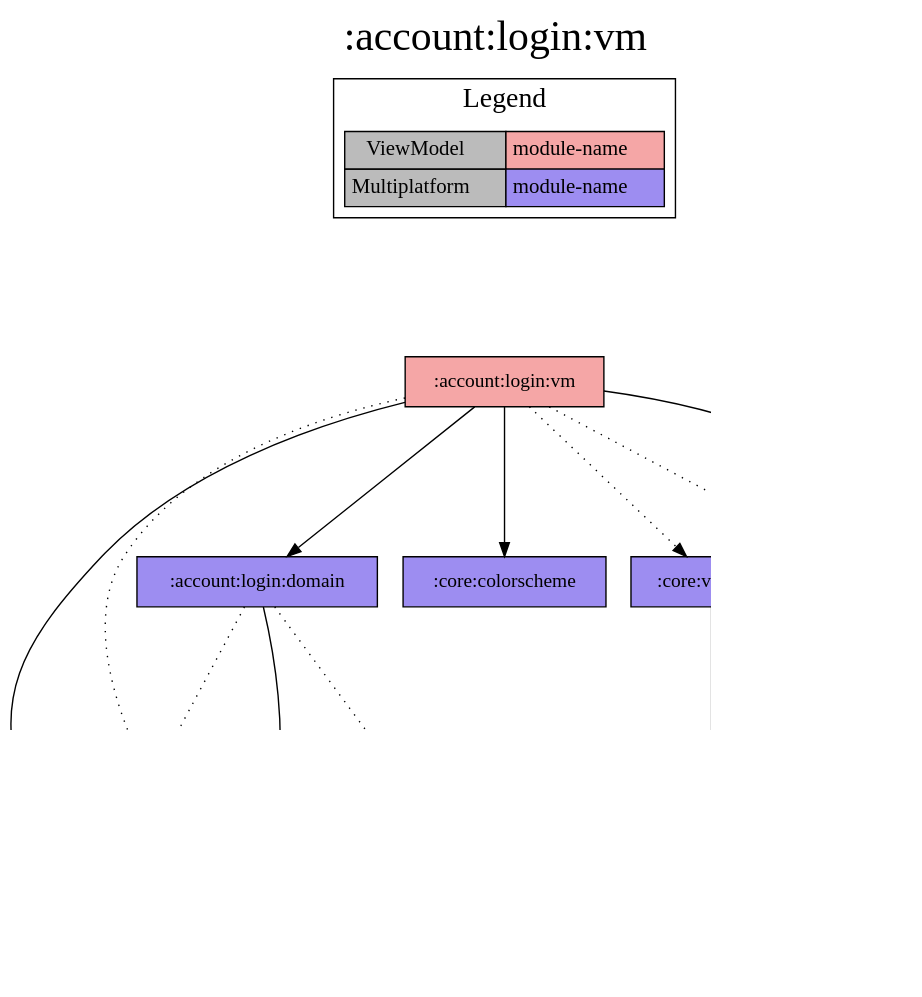
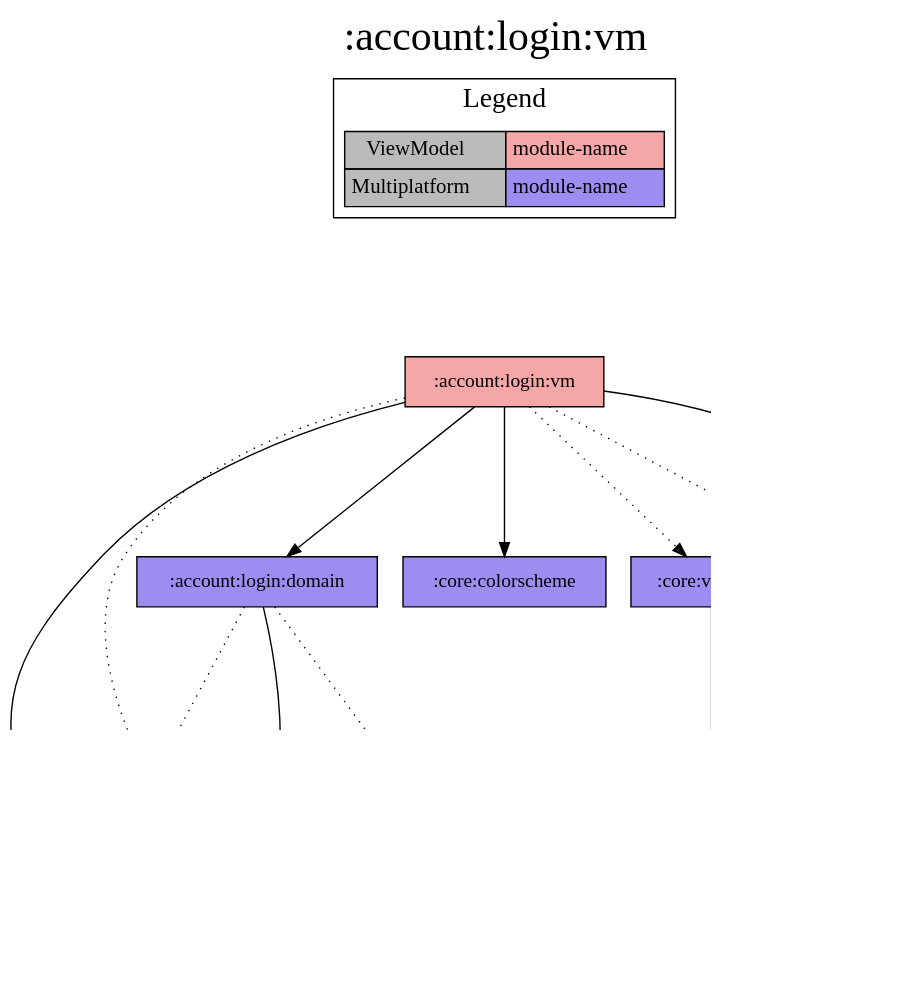
The diagram in modules/account/login/vm/project-dependency-graph.dot (jonapoul/aktual), drawn with Graphviz before and after one commit. The commit also changed 86 other files, not shown here.

```diff
--- a/modules/account/login/vm/project-dependency-graph.dot
+++ b/modules/account/login/vm/project-dependency-graph.dot
@@ -1,46 +1,48 @@
 digraph {
 edge ["dir"="forward"]
 graph ["dpi"="100","label"=":account:login:vm","labelloc"="t","fontsize"="30","ranksep"="1.5","rankdir"="TB"]
 node ["style"="filled"]
 ":account:login:domain" ["fillcolor"="#9D8DF1","shape"="box"]
 ":account:login:prefs" ["fillcolor"="#9D8DF1","shape"="box"]
 ":account:login:vm" ["fillcolor"="#F5A6A6","shape"="box"]
 ":account:model" ["fillcolor"="#9D8DF1","shape"="box"]
 ":api:actual" ["fillcolor"="#9D8DF1","shape"="box"]
 ":api:core" ["fillcolor"="#9D8DF1","shape"="box"]
+":budget:model" ["fillcolor"="#9D8DF1","shape"="box"]
 ":core:buildconfig" ["fillcolor"="#9D8DF1","shape"="box"]
 ":core:colorscheme" ["fillcolor"="#9D8DF1","shape"="box"]
 ":core:versions" ["fillcolor"="#9D8DF1","shape"="box"]
 ":url:model" ["fillcolor"="#9D8DF1","shape"="box"]
 ":url:prefs" ["fillcolor"="#9D8DF1","shape"="box"]
 {
 edge ["dir"="none"]
 graph ["rank"="same"]
 }
 ":account:login:domain" -> ":account:login:prefs" ["style"="dotted"]
 ":account:login:domain" -> ":account:model"
 ":account:login:domain" -> ":api:actual" ["style"="dotted"]
 ":account:login:prefs" -> ":account:model"
 ":account:login:vm" -> ":account:login:domain"
 ":account:login:vm" -> ":account:login:prefs" ["style"="dotted"]
 ":account:login:vm" -> ":account:model"
 ":account:login:vm" -> ":core:colorscheme"
 ":account:login:vm" -> ":core:versions" ["style"="dotted"]
 ":account:login:vm" -> ":url:model"
 ":account:login:vm" -> ":url:prefs" ["style"="dotted"]
 ":api:actual" -> ":account:model"
 ":api:actual" -> ":api:core"
+":api:actual" -> ":budget:model"
 ":api:actual" -> ":url:model"
 ":core:versions" -> ":core:buildconfig"
 ":url:prefs" -> ":url:model"
 subgraph "cluster_legend" {
 edge ["dir"="none"]
 graph ["label"="Legend","fontsize"="20"]
 "Legend" ["style"="filled","fillcolor"="#bbbbbb","shape"="none","margin"="0","fontsize"="15","label"=<
 <TABLE BORDER="0" CELLBORDER="1" CELLSPACING="0" CELLPADDING="4">
 <TR><TD>ViewModel</TD><TD BGCOLOR="#F5A6A6">module-name</TD></TR>
 <TR><TD>Multiplatform</TD><TD BGCOLOR="#9D8DF1">module-name</TD></TR>
 </TABLE>
 >]
 } -> ":account:login:vm" ["style"="invis"]
 }
```
